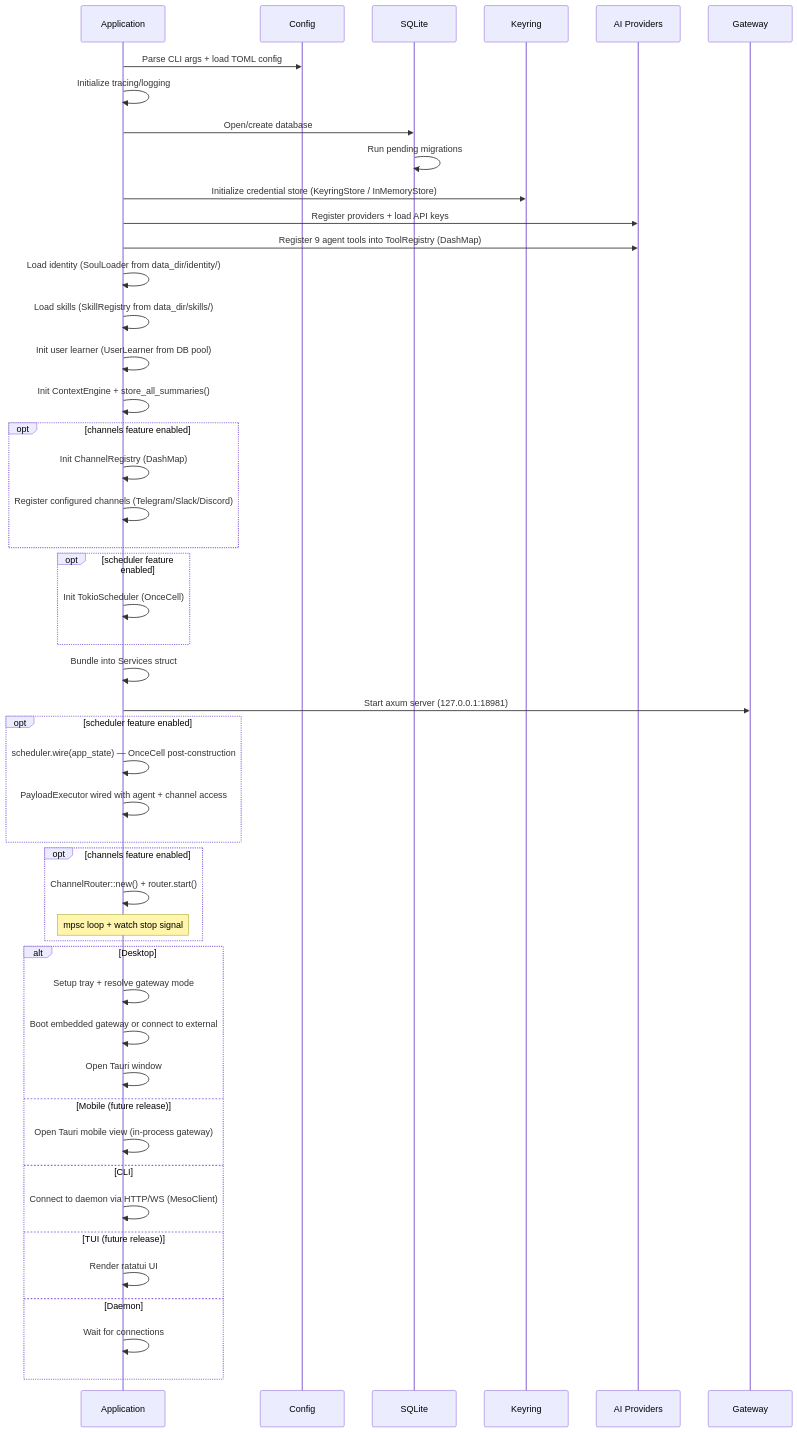
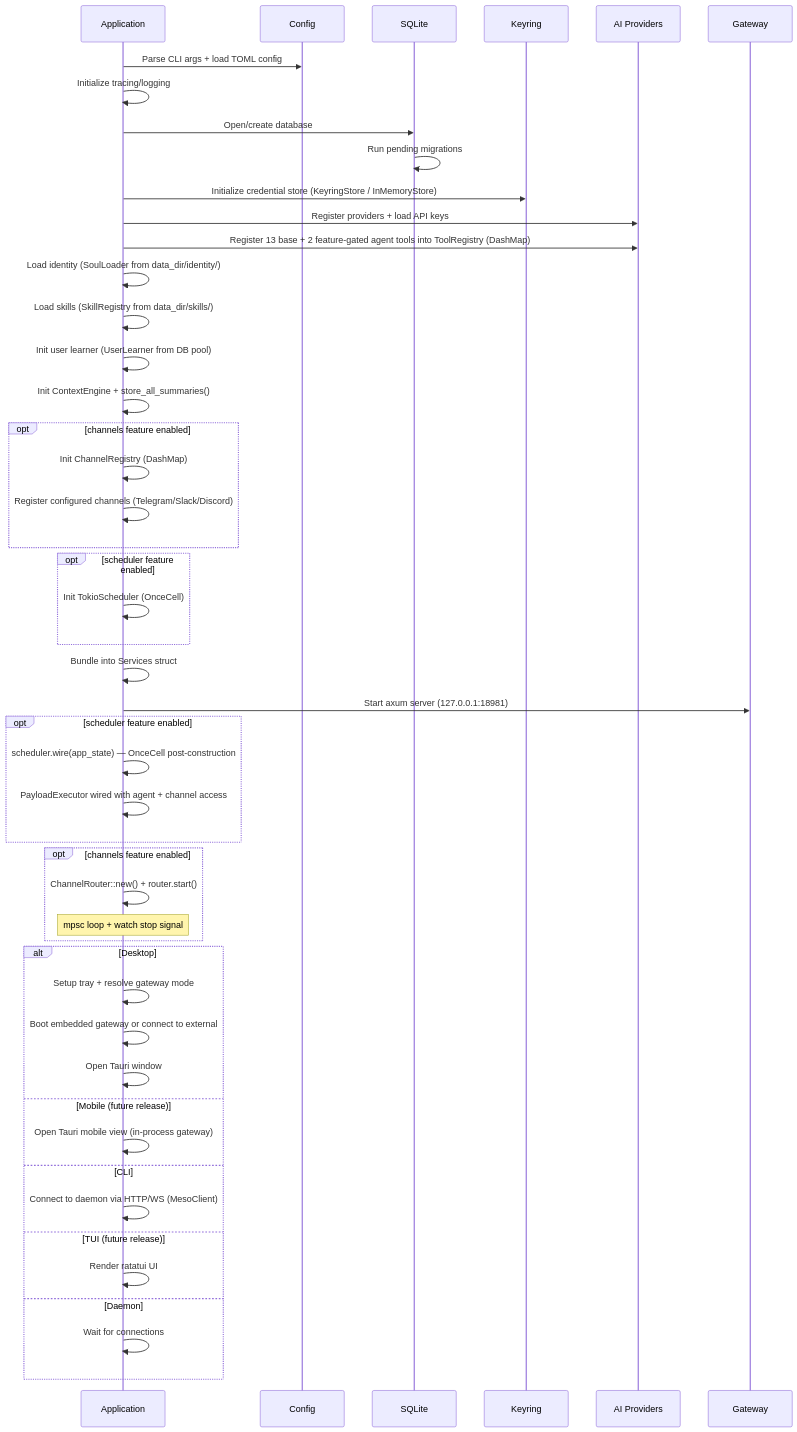
The second of 20 diagrams in docs/processes.md (sprklai/zenii), drawn with Mermaid before and after one commit. The commit also changed other lines of this file and 54 other files, not shown here.

````diff
--- a/docs/processes.md
+++ b/docs/processes.md
@@ -68,52 +71,52 @@
 ```mermaid
 sequenceDiagram
     participant App as Application
     participant Cfg as Config
     participant DB as SQLite
     participant Cred as Keyring
     participant AI as AI Providers
     participant GW as Gateway
 
     App->>Cfg: Parse CLI args + load TOML config
     App->>App: Initialize tracing/logging
     App->>DB: Open/create database
     DB->>DB: Run pending migrations
     App->>Cred: Initialize credential store (KeyringStore / InMemoryStore)
     App->>AI: Register providers + load API keys
-    App->>AI: Register 9 agent tools into ToolRegistry (DashMap)
+    App->>AI: Register 13 base + 2 feature-gated agent tools into ToolRegistry (DashMap)
     App->>App: Load identity (SoulLoader from data_dir/identity/)
     App->>App: Load skills (SkillRegistry from data_dir/skills/)
     App->>App: Init user learner (UserLearner from DB pool)
     App->>App: Init ContextEngine + store_all_summaries()
     opt channels feature enabled
         App->>App: Init ChannelRegistry (DashMap)
         App->>App: Register configured channels (Telegram/Slack/Discord)
     end
     opt scheduler feature enabled
         App->>App: Init TokioScheduler (OnceCell)
     end
     App->>App: Bundle into Services struct
     App->>GW: Start axum server (127.0.0.1:18981)
     opt scheduler feature enabled
         App->>App: scheduler.wire(app_state) — OnceCell post-construction
         App->>App: PayloadExecutor wired with agent + channel access
     end
     opt channels feature enabled
         App->>App: ChannelRouter::new() + router.start()
         Note over App: mpsc loop + watch stop signal
     end
 
     alt Desktop
         App->>App: Setup tray + resolve gateway mode
         App->>App: Boot embedded gateway or connect to external
         App->>App: Open Tauri window
     else Mobile (future release)
         App->>App: Open Tauri mobile view (in-process gateway)
     else CLI
         App->>App: Connect to daemon via HTTP/WS (MesoClient)
     else TUI (future release)
         App->>App: Render ratatui UI
     else Daemon
         App->>App: Wait for connections
     end
 ```
````
